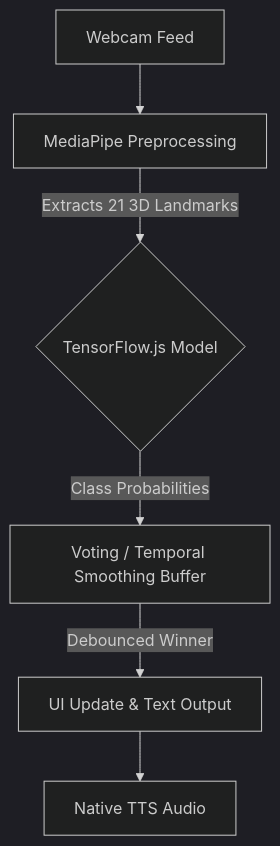
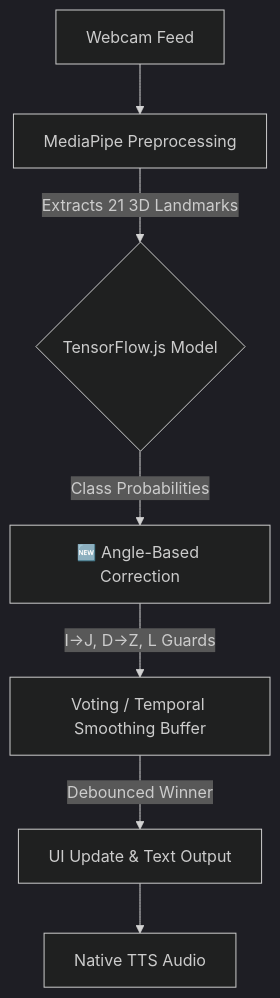
Before and after one commit to rachmatx/asl-translator1: the first of 2 diagrams in README.md, drawn with Mermaid (dark theme). The commit also changed other lines of this file and 6 other files, not shown here.

First line of the commit message:
feat: add angle-based letter correction for similar ASL gestures

````diff
--- a/README.md
+++ b/README.md
@@ -26,8 +27,9 @@
 ```mermaid
 flowchart TD
     A[Webcam Feed] --> B[MediaPipe Preprocessing]
     B -->|Extracts 21 3D Landmarks| C{TensorFlow.js Model}
-    C -->|Class Probabilities| D[Voting / Temporal Smoothing Buffer]
-    D -->|Debounced Winner| E[UI Update & Text Output]
-    E --> F[Native TTS Audio]
+    C -->|Class Probabilities| D[🆕 Angle-Based Correction]
+    D -->|I→J, D→Z, L Guards| E[Voting / Temporal Smoothing Buffer]
+    E -->|Debounced Winner| F[UI Update & Text Output]
+    F --> G[Native TTS Audio]
 ```
````
